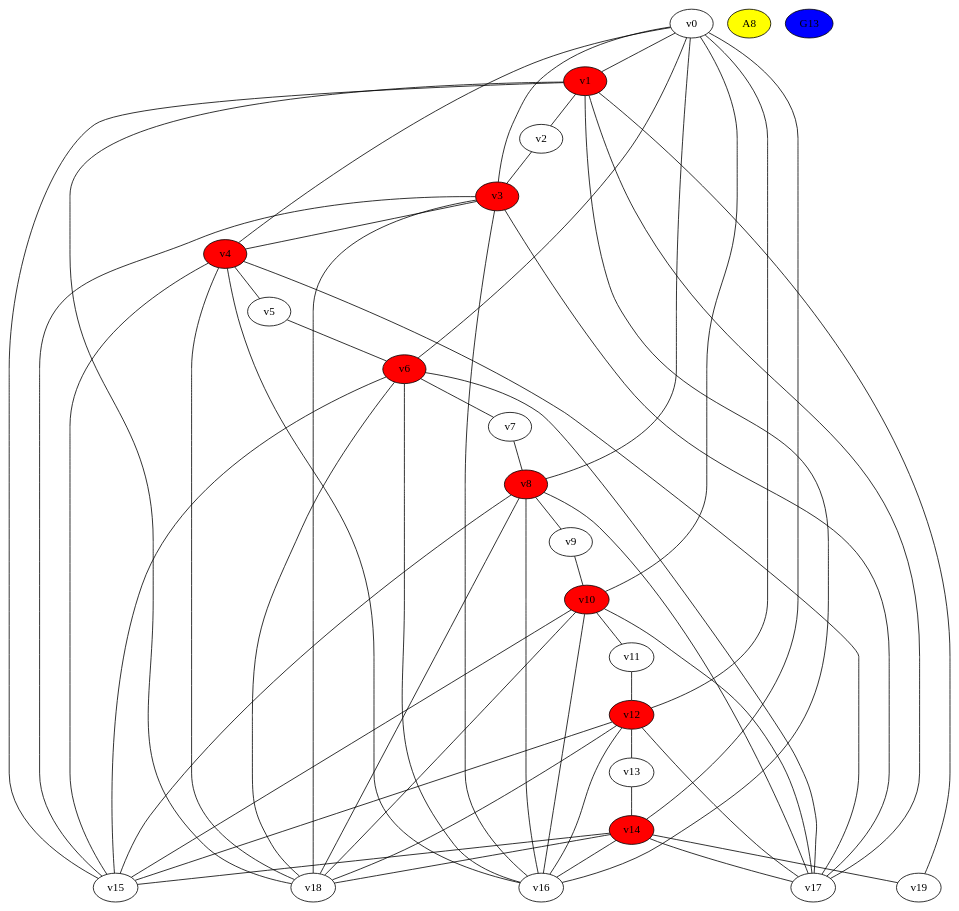
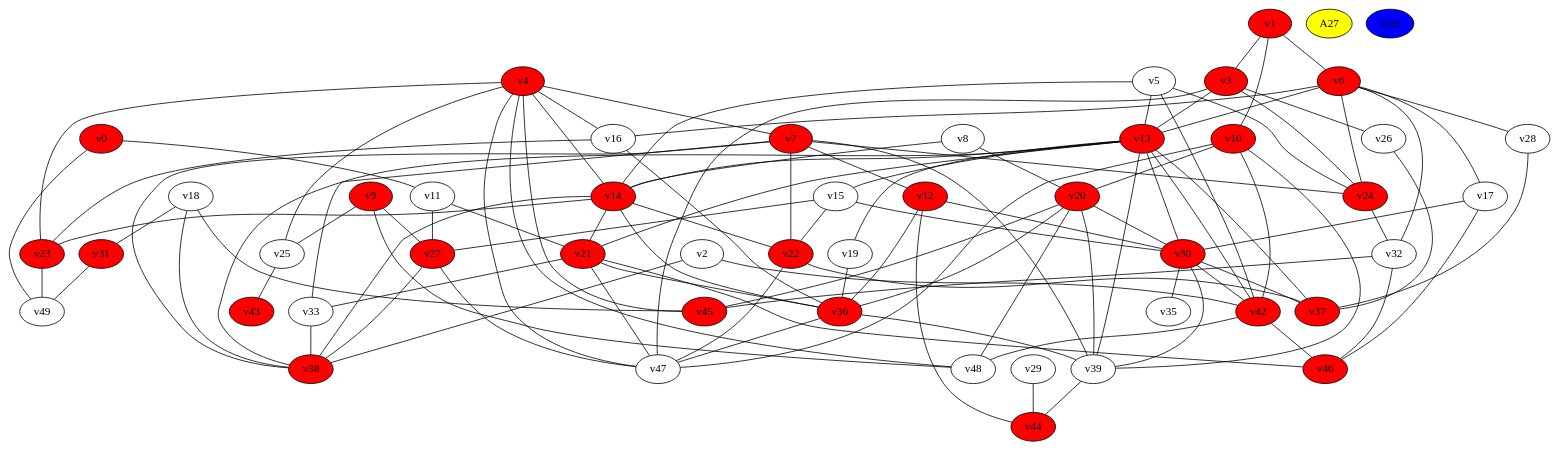
Before and after one commit to luisoto076/cubierta: the diagram in grafica.gv, drawn with Graphviz. The commit also changed 21 other files, not shown here.

```diff
--- a/grafica.gv
+++ b/grafica.gv
@@ -1,67 +1,137 @@
 graph G {
-	v0 -- v1
-	v0 -- v3
-	v0 -- v4
-	v0 -- v6
-	v0 -- v8
-	v0 -- v10
-	v0 -- v12
-	v0 -- v14
-	v1 -- v2
-	v1 -- v15
-	v1 -- v16
-	v1 -- v17
-	v1 -- v18
-	v1 -- v19
-	v2 -- v3
-	v3 -- v4
-	v3 -- v15
-	v3 -- v16
-	v3 -- v17
-	v3 -- v18
-	v4 -- v5
-	v4 -- v15
+	v0 -- v11
+	v0 -- v49
+	v1 -- v3
+	v1 -- v6
+	v1 -- v10
+	v2 -- v38
+	v2 -- v42
+	v3 -- v13
+	v3 -- v24
+	v3 -- v26
+	v3 -- v47
+	v4 -- v7
+	v4 -- v14
 	v4 -- v16
-	v4 -- v17
-	v4 -- v18
-	v5 -- v6
-	v6 -- v7
-	v6 -- v15
+	v4 -- v23
+	v4 -- v25
+	v4 -- v45
+	v4 -- v47
+	v4 -- v48
+	v5 -- v13
+	v5 -- v14
+	v5 -- v24
+	v5 -- v42
+	v6 -- v13
 	v6 -- v16
 	v6 -- v17
-	v6 -- v18
-	v7 -- v8
-	v8 -- v9
-	v8 -- v15
-	v8 -- v16
-	v8 -- v17
-	v8 -- v18
-	v9 -- v10
-	v10 -- v11
-	v10 -- v15
-	v10 -- v16
-	v10 -- v17
-	v10 -- v18
-	v11 -- v12
-	v12 -- v13
-	v12 -- v15
-	v12 -- v16
-	v12 -- v17
-	v12 -- v18
+	v6 -- v24
+	v6 -- v28
+	v6 -- v32
+	v7 -- v12
+	v7 -- v22
+	v7 -- v24
+	v7 -- v33
+	v7 -- v38
+	v7 -- v39
+	v8 -- v14
+	v8 -- v20
+	v9 -- v25
+	v9 -- v27
+	v9 -- v48
+	v10 -- v20
+	v10 -- v39
+	v10 -- v42
+	v10 -- v47
+	v11 -- v21
+	v11 -- v27
+	v12 -- v30
+	v12 -- v36
+	v12 -- v44
 	v13 -- v14
-	v14 -- v15
-	v14 -- v16
-	v14 -- v17
-	v14 -- v18
-	v14 -- v19
+	v13 -- v15
+	v13 -- v19
+	v13 -- v21
+	v13 -- v30
+	v13 -- v37
+	v13 -- v38
+	v13 -- v39
+	v13 -- v42
+	v14 -- v21
+	v14 -- v22
+	v14 -- v23
+	v14 -- v36
+	v14 -- v38
+	v15 -- v22
+	v15 -- v27
+	v15 -- v30
+	v16 -- v23
+	v16 -- v36
+	v17 -- v30
+	v17 -- v46
+	v18 -- v31
+	v18 -- v38
+	v18 -- v45
+	v19 -- v36
+	v20 -- v30
+	v20 -- v36
+	v20 -- v39
+	v20 -- v45
+	v20 -- v48
+	v21 -- v33
+	v21 -- v36
+	v21 -- v46
+	v21 -- v47
+	v22 -- v37
+	v22 -- v47
+	v23 -- v49
+	v24 -- v32
+	v25 -- v43
+	v26 -- v37
+	v27 -- v38
+	v27 -- v47
+	v28 -- v37
+	v29 -- v44
+	v30 -- v35
+	v30 -- v37
+	v30 -- v39
+	v30 -- v42
+	v31 -- v49
+	v32 -- v45
+	v32 -- v46
+	v33 -- v38
+	v36 -- v39
+	v36 -- v47
+	v39 -- v44
+	v42 -- v46
+	v42 -- v48
+v3 [style=filled, fillcolor=red];
+v44 [style=filled, fillcolor=red];
+v31 [style=filled, fillcolor=red];
+v45 [style=filled, fillcolor=red];
+v38 [style=filled, fillcolor=red];
+v1 [style=filled, fillcolor=red];
+v21 [style=filled, fillcolor=red];
+v36 [style=filled, fillcolor=red];
 v10 [style=filled, fillcolor=red];
-v3 [style=filled, fillcolor=red];
+v43 [style=filled, fillcolor=red];
+v9 [style=filled, fillcolor=red];
+v22 [style=filled, fillcolor=red];
+v7 [style=filled, fillcolor=red];
+v12 [style=filled, fillcolor=red];
+v13 [style=filled, fillcolor=red];
+v30 [style=filled, fillcolor=red];
+v24 [style=filled, fillcolor=red];
+v37 [style=filled, fillcolor=red];
+v20 [style=filled, fillcolor=red];
+v27 [style=filled, fillcolor=red];
+v46 [style=filled, fillcolor=red];
+v4 [style=filled, fillcolor=red];
+v23 [style=filled, fillcolor=red];
+v0 [style=filled, fillcolor=red];
+v6 [style=filled, fillcolor=red];
 v14 [style=filled, fillcolor=red];
-v4 [style=filled, fillcolor=red];
-v6 [style=filled, fillcolor=red];
-v12 [style=filled, fillcolor=red];
-v1 [style=filled, fillcolor=red];
-v8 [style=filled, fillcolor=red];
-A8 [style=filled, fillcolor=yellow];
-G13 [style=filled, fillcolor=blue];
+v42 [style=filled, fillcolor=red];
+A27 [style=filled, fillcolor=yellow];
+G26 [style=filled, fillcolor=blue];
 }
```
